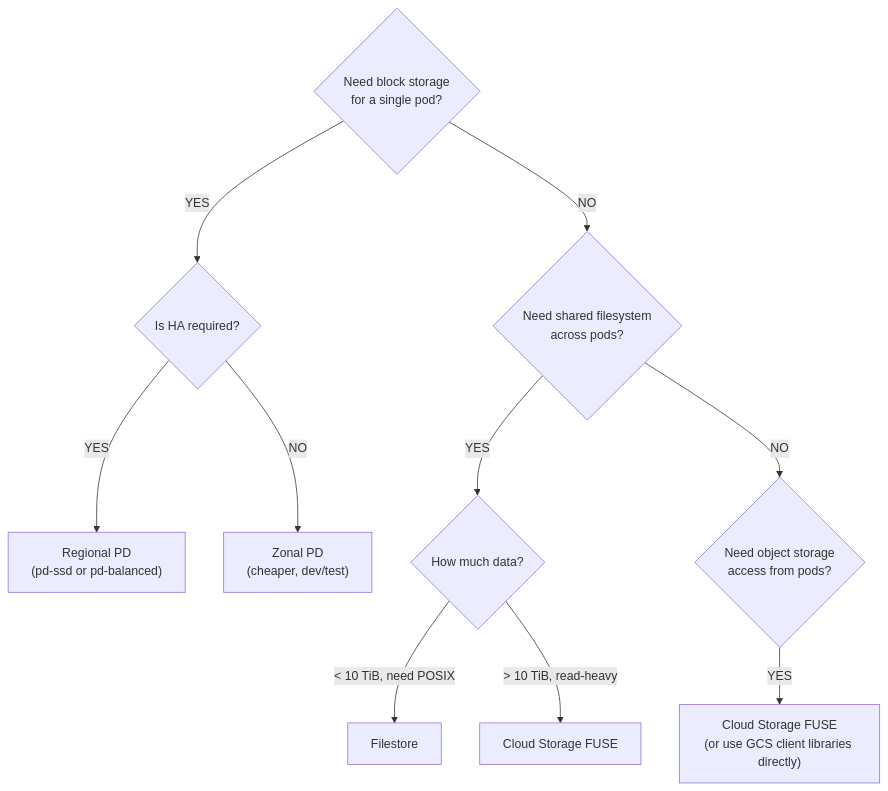
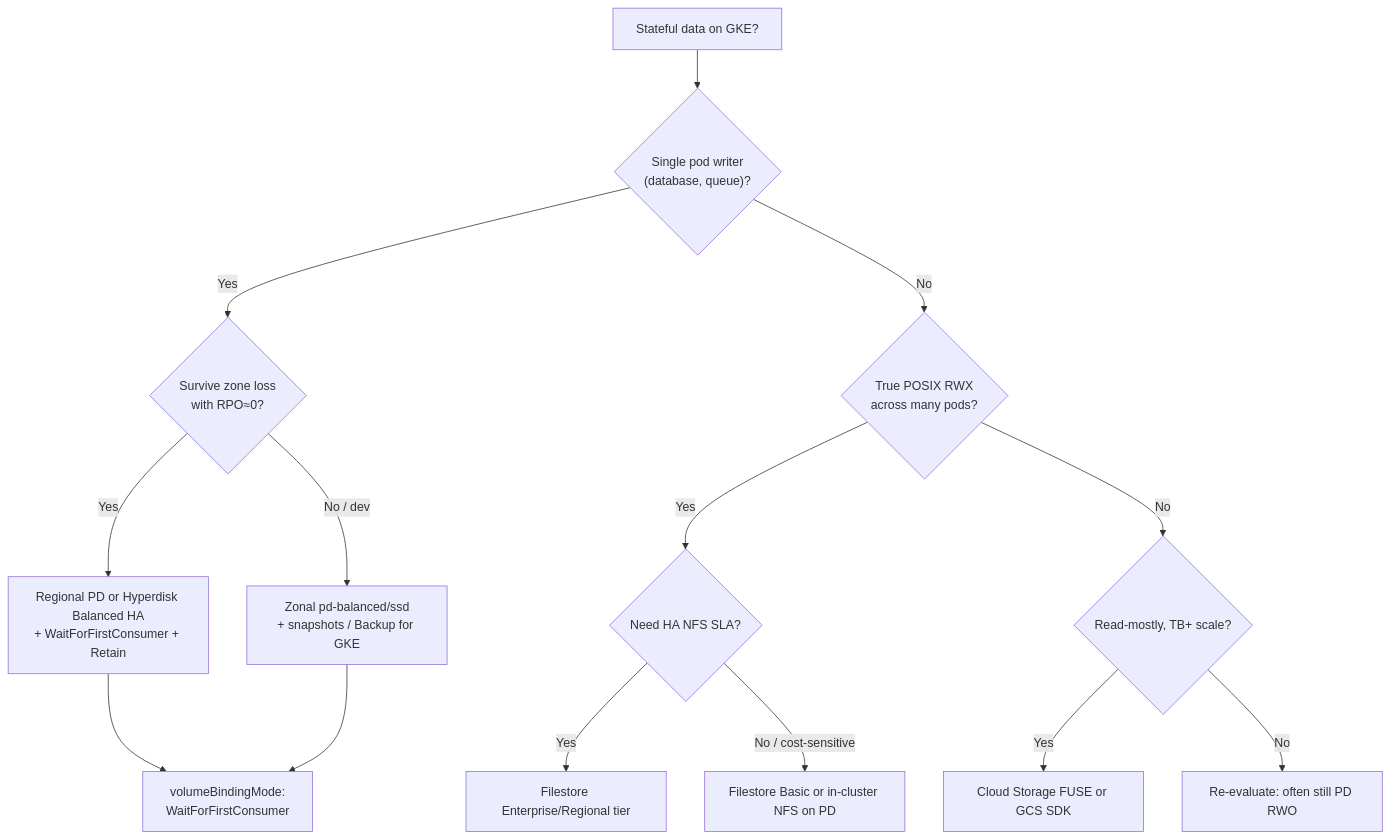
Before and after one commit to kube-dojo/kube-dojo: the fourth of 4 diagrams in src/content/docs/cloud/gke-deep-dive/module-6.4-gke-storage.md, drawn with Mermaid. The commit also changed other lines of this file, not shown here.

Commit message:
chore(content): expand module-6.4-gke-storage to 5000w floor (cloud GKE wave)

````diff
--- a/src/content/docs/cloud/gke-deep-dive/module-6.4-gke-storage.md
+++ b/src/content/docs/cloud/gke-deep-dive/module-6.4-gke-storage.md
@@ -612,15 +662,16 @@
 ```mermaid
 flowchart TD
-    Q1{"Need block storage<br>for a single pod?"}
-    Q1 -- "YES" --> Q2{"Is HA required?"}
-    Q2 -- "YES" --> A1["Regional PD<br>(pd-ssd or pd-balanced)"]
-    Q2 -- "NO" --> A2["Zonal PD<br>(cheaper, dev/test)"]
-    
-    Q1 -- "NO" --> Q3{"Need shared filesystem<br>across pods?"}
-    Q3 -- "YES" --> Q4{"How much data?"}
-    Q4 -- "< 10 TiB, need POSIX" --> A3["Filestore"]
-    Q4 -- "> 10 TiB, read-heavy" --> A4["Cloud Storage FUSE"]
-    
-    Q3 -- "NO" --> Q5{"Need object storage<br>access from pods?"}
-    Q5 -- "YES" --> A5["Cloud Storage FUSE<br>(or use GCS client libraries directly)"]
+    Start["Stateful data on GKE?"] --> Q1{"Single pod writer<br>(database, queue)?"}
+    Q1 -- "Yes" --> Q2{"Survive zone loss<br>with RPO≈0?"}
+    Q2 -- "Yes" --> HA["Regional PD or Hyperdisk Balanced HA<br>+ WaitForFirstConsumer + Retain"]
+    Q2 -- "No / dev" --> Zonal["Zonal pd-balanced/ssd<br>+ snapshots / Backup for GKE"]
+    Q1 -- "No" --> Q3{"True POSIX RWX<br>across many pods?"}
+    Q3 -- "Yes" --> Q4{"Need HA NFS SLA?"}
+    Q4 -- "Yes" --> FS["Filestore Enterprise/Regional tier"]
+    Q4 -- "No / cost-sensitive" --> FS2["Filestore Basic or in-cluster NFS on PD"]
+    Q3 -- "No" --> Q5{"Read-mostly, TB+ scale?"}
+    Q5 -- "Yes" --> FUSE["Cloud Storage FUSE or GCS SDK"]
+    Q5 -- "No" --> Block["Re-evaluate: often still PD RWO"]
+    HA --> Bind["volumeBindingMode:<br>WaitForFirstConsumer"]
+    Zonal --> Bind
 ```
````
